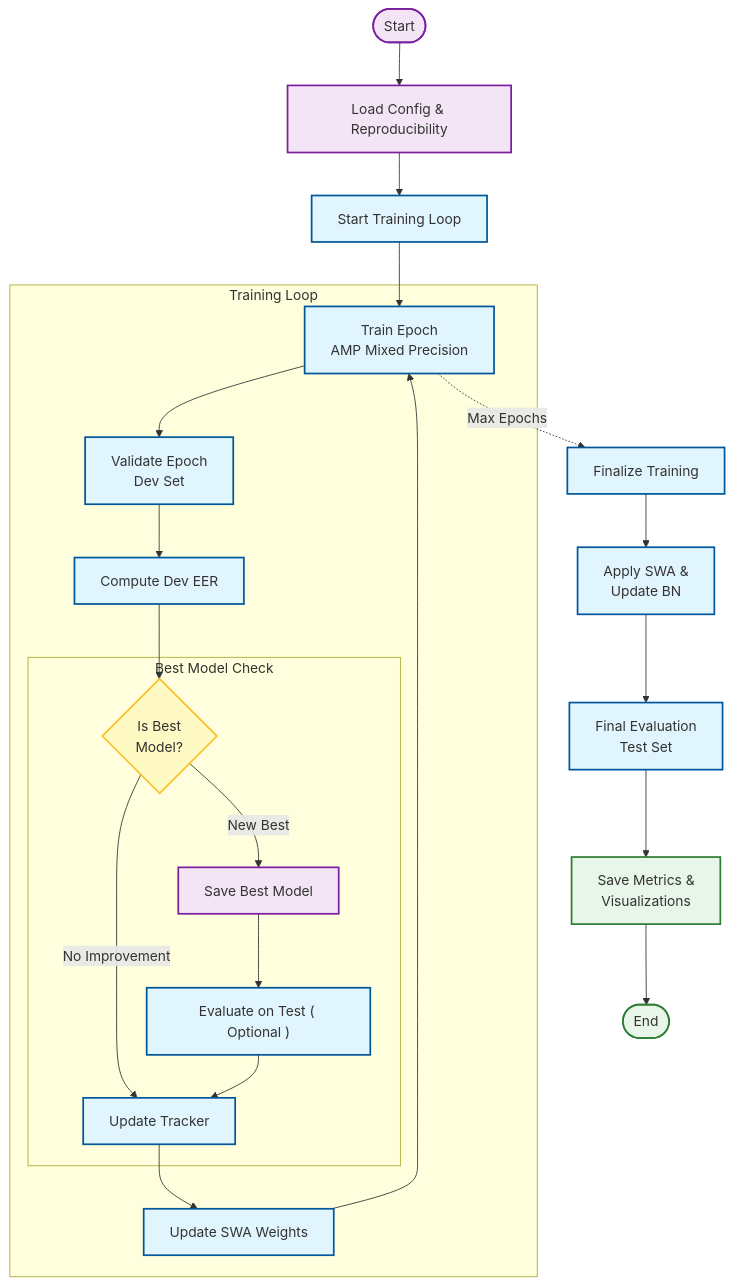
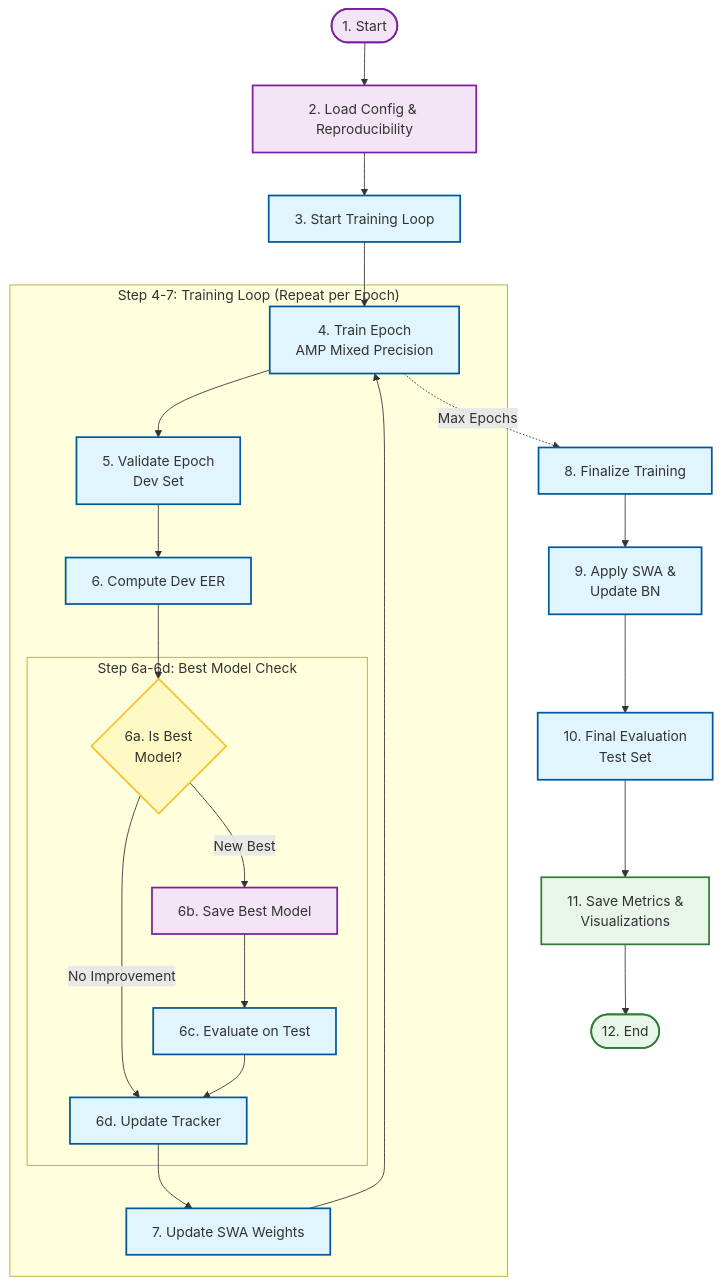
Before and after one commit to gkibria121/ai-voice-detector: the third of 5 diagrams in docs/methodology.md, drawn with Mermaid. The commit also changed other lines of this file, not shown here.

Commit message:
docs: Revise methodology documentation with enhanced flowcharts and detailed section descriptions

````diff
--- a/docs/methodology.md
+++ b/docs/methodology.md
@@ -54,44 +142,44 @@
 ```mermaid
 flowchart TD
     %% Training Loop Diagram derived from main.py
     classDef process fill:#e1f5fe,stroke:#01579b,stroke-width:2px
     classDef decision fill:#fff9c4,stroke:#fbc02d,stroke-width:2px
     classDef storage fill:#f3e5f5,stroke:#7b1fa2,stroke-width:2px
     classDef final fill:#e8f5e9,stroke:#2e7d32,stroke-width:2px
-    
-    Start([Start]):::storage --> Init[Load Config & Reproducibility]:::storage
-    Init --> EpochStart[Start Training Loop]:::process
-    
-    subgraph EpochLoop["Training Loop"]
-        Train[Train Epoch<br/>AMP Mixed Precision]:::process
-        Validate[Validate Epoch<br/>Dev Set]:::process
-        CheckEER[Compute Dev EER]:::process
-        
-        subgraph CheckBest["Best Model Check"]
-            IsBest{Is Best<br/>Model?}:::decision
-            SaveBest[Save Best Model]:::storage
-            EvalTest["Evaluate on Test ( Optional )"]:::process
-            UpdateTracker[Update Tracker]:::process
+
+    Start(["1. Start"]):::storage --> Init["2. Load Config & Reproducibility"]:::storage
+    Init --> EpochStart["3. Start Training Loop"]:::process
+
+    subgraph EpochLoop["Step 4-7: Training Loop (Repeat per Epoch)"]
+        Train["4. Train Epoch<br/>AMP Mixed Precision"]:::process
+        Validate["5. Validate Epoch<br/>Dev Set"]:::process
+        CheckEER["6. Compute Dev EER"]:::process
+
+        subgraph CheckBest["Step 6a-6d: Best Model Check"]
+            IsBest{"6a. Is Best<br/>Model?"}:::decision
+            SaveBest["6b. Save Best Model"]:::storage
+            EvalTest["6c. Evaluate on Test"]:::process
+            UpdateTracker["6d. Update Tracker"]:::process
         end
-        
-        SWA[Update SWA Weights]:::process
-        
+
+        SWA["7. Update SWA Weights"]:::process
+
         Train --> Validate
         Validate --> CheckEER
         CheckEER --> IsBest
         IsBest -->|New Best| SaveBest
         IsBest -->|No Improvement| UpdateTracker
         SaveBest --> EvalTest
         EvalTest --> UpdateTracker
         UpdateTracker --> SWA
         SWA --> Train
     end
-    
+
     EpochStart --> Train
-    Train -.->|Max Epochs| Finalize[Finalize Training]:::process
-    
-    Finalize --> ProcessSWA[Apply SWA &<br/>Update BN]:::process
-    ProcessSWA --> FinalEval[Final Evaluation<br/>Test Set]:::process
-    FinalEval --> Metrics[Save Metrics &<br/>Visualizations]:::final
-    Metrics --> End([End]):::final
+    Train -.->|Max Epochs| Finalize["8. Finalize Training"]:::process
+
+    Finalize --> ProcessSWA["9. Apply SWA &<br/>Update BN"]:::process
+    ProcessSWA --> FinalEval["10. Final Evaluation<br/>Test Set"]:::process
+    FinalEval --> Metrics["11. Save Metrics &<br/>Visualizations"]:::final
+    Metrics --> End(["12. End"]):::final
 ```
````
